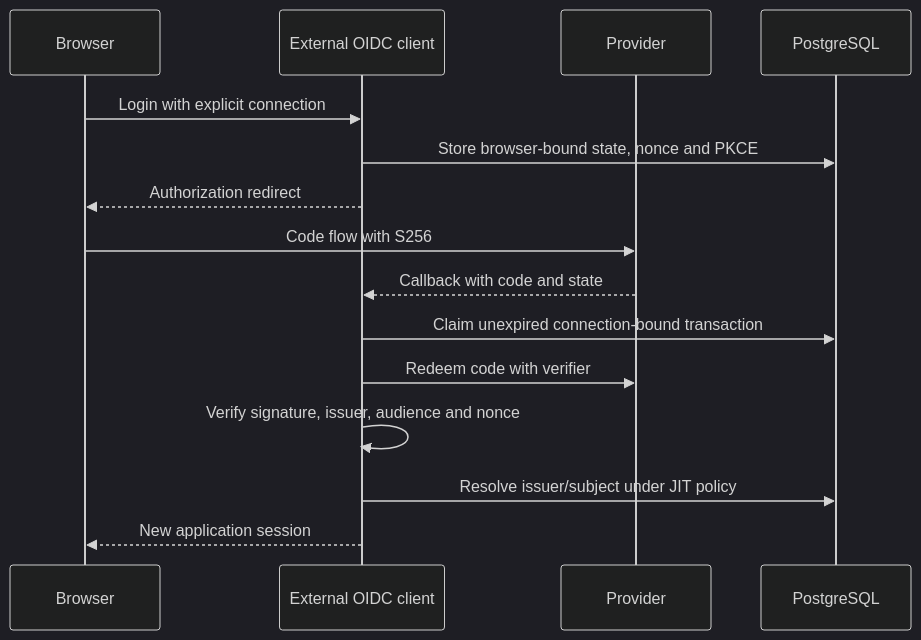
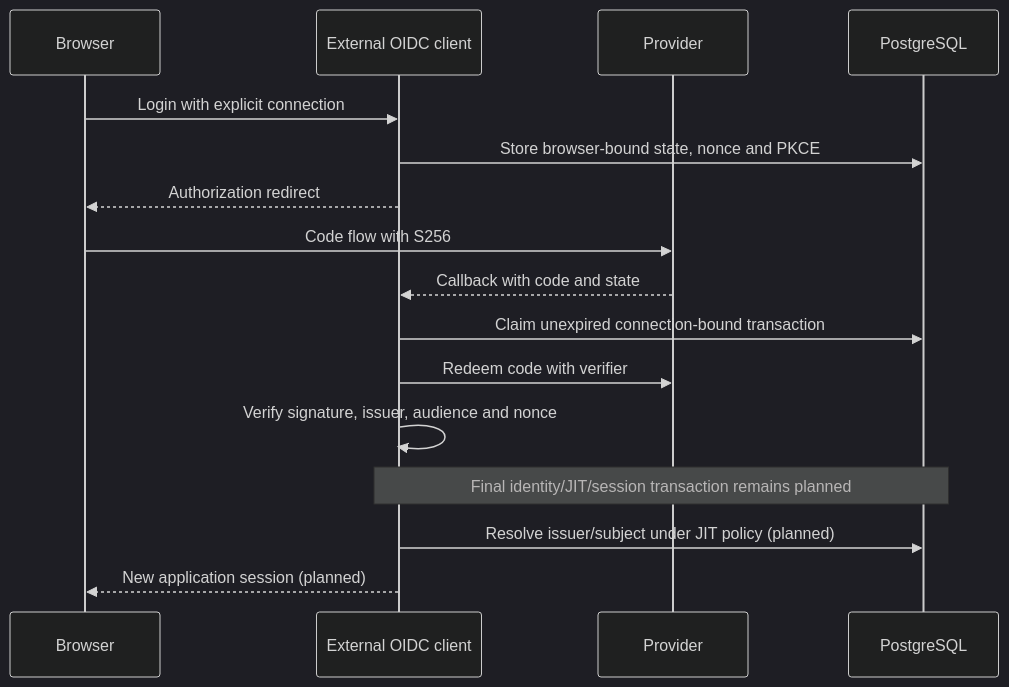
Before and after one commit to Deuspheara/easy-auth: the fifth of 6 diagrams in docs/architecture/auth-flows.md, drawn with Mermaid (dark theme). The commit also changed other lines of this file and 1 other file, not shown here.

Commit message:
docs: align OIDC domain and flow implementation status (AUTH-29)

````diff
--- a/docs/architecture/auth-flows.md
+++ b/docs/architecture/auth-flows.md
@@ -99,17 +102,18 @@
 ```mermaid
 sequenceDiagram
   participant browserClient as Browser
   participant authService as External OIDC client
   participant providerService as Provider
   participant database as PostgreSQL
   browserClient->>authService: Login with explicit connection
   authService->>database: Store browser-bound state, nonce and PKCE
   authService-->>browserClient: Authorization redirect
   browserClient->>providerService: Code flow with S256
   providerService-->>authService: Callback with code and state
   authService->>database: Claim unexpired connection-bound transaction
   authService->>providerService: Redeem code with verifier
   authService->>authService: Verify signature, issuer, audience and nonce
-  authService->>database: Resolve issuer/subject under JIT policy
-  authService-->>browserClient: New application session
+  Note over authService,database: Final identity/JIT/session transaction remains planned
+  authService->>database: Resolve issuer/subject under JIT policy (planned)
+  authService-->>browserClient: New application session (planned)
 ```
````
